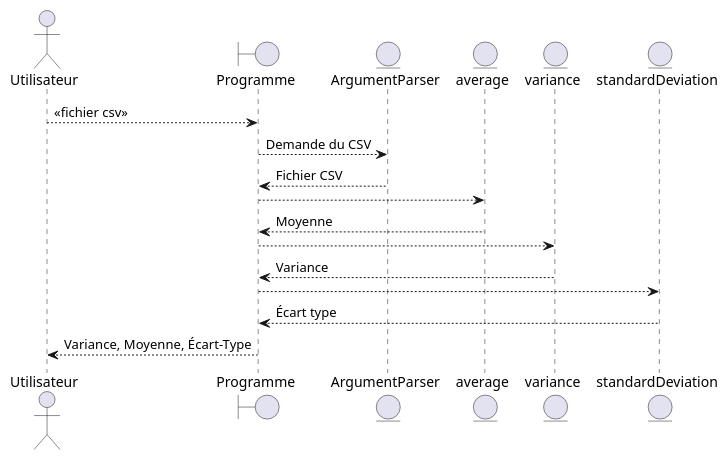
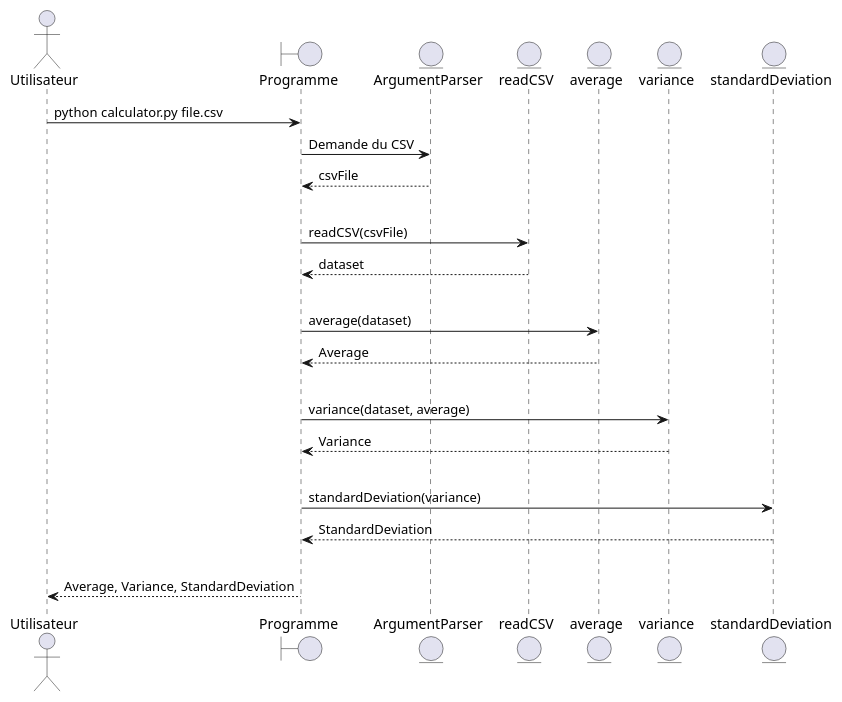
One commit to alexandrecardinal/log330 changed the diagram in conception.iuml. Above: the diagram before and after it, drawn with PlantUML. The commit also changed 3 other files, not shown here.

```diff
--- a/conception.iuml
+++ b/conception.iuml
@@ -1,19 +1,27 @@
 @startuml
 actor Utilisateur
 boundary Programme
 entity ArgumentParser
+entity readCSV
 entity average
 entity variance
 entity standardDeviation
 
-Utilisateur --> Programme : << fichier csv >>
-Programme --> ArgumentParser : Demande du CSV
-Programme <-- ArgumentParser : Fichier CSV
-Programme --> average
-Programme <-- average : Moyenne
-Programme --> variance
+Utilisateur -> Programme : python calculator.py file.csv
+Programme -> ArgumentParser : Demande du CSV
+Programme <-- ArgumentParser : csvFile
+|||
+Programme -> readCSV : readCSV(csvFile)
+Programme <-- readCSV : dataset
+|||
+Programme -> average : average(dataset) 
+Programme <-- average : Average
+|||
+Programme -> variance : variance(dataset, average)
 Programme <-- variance : Variance
-Programme --> standardDeviation
-Programme <-- standardDeviation : Écart type
-Utilisateur <-- Programme : Variance, Moyenne, Écart-Type
+|||
+Programme -> standardDeviation : standardDeviation(variance)
+Programme <-- standardDeviation : StandardDeviation
+|||
+Utilisateur <-- Programme : Average, Variance, StandardDeviation
 @enduml
```
